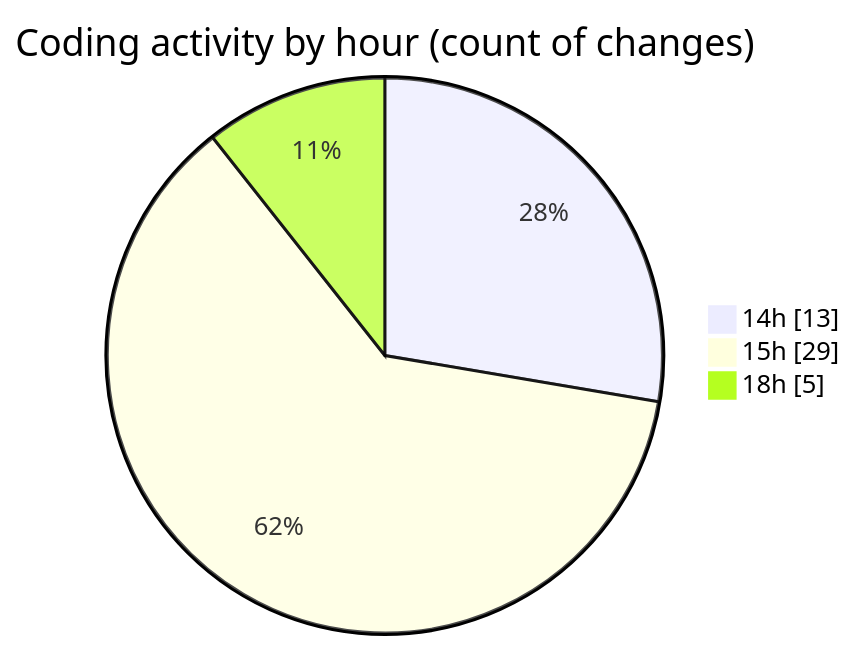
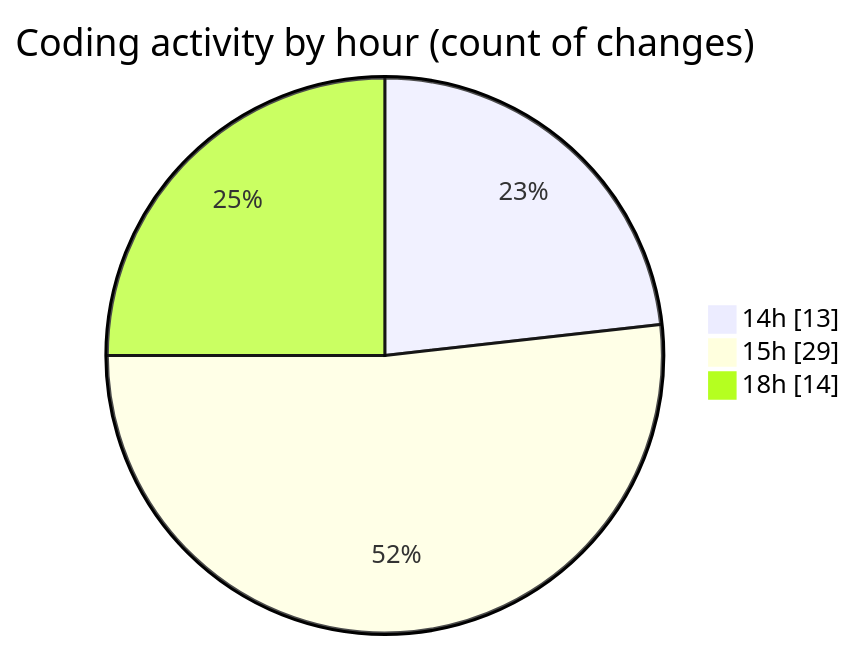
One commit to Ritupan-Deka/code-tracking changed the second of 2 diagrams in 2025-06-23/scopecraft/README.md. Above: the diagram before and after it, drawn with Mermaid. The commit also changed other lines of this file and 1 other file, not shown here.

````diff
--- a/2025-06-23/scopecraft/README.md
+++ b/2025-06-23/scopecraft/README.md
@@ -48,7 +48,7 @@
 ```mermaid
 pie showData
 title Coding activity by hour (count of changes)
 "14h" : 13
 "15h" : 29
-"18h" : 5
+"18h" : 14
 ```
````
